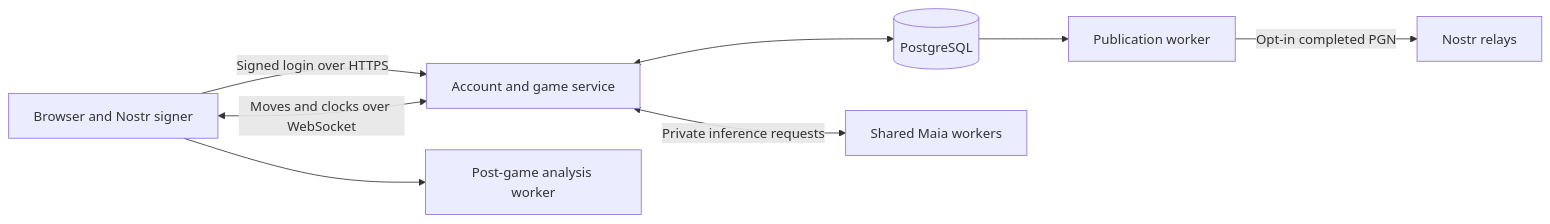
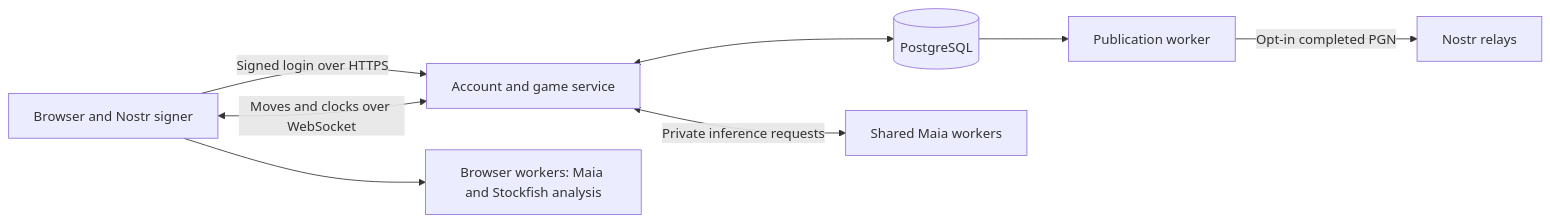
Before and after one commit to Dash1971/mute-chess: the first of 2 diagrams in README.md, drawn with Mermaid. The commit also changed other lines of this file, not shown here.

Commit message:
Plan noncommercial hosting and browser analysis with Maia and Stockfish

````diff
--- a/README.md
+++ b/README.md
@@ -112,10 +116,10 @@
 ```mermaid
 flowchart LR
     Browser[Browser and Nostr signer] -->|Signed login over HTTPS| App[Account and game service]
     Browser <-->|Moves and clocks over WebSocket| App
     App <--> DB[(PostgreSQL)]
     App <-->|Private inference requests| Maia[Shared Maia workers]
     DB --> Publisher[Publication worker]
     Publisher -->|Opt-in completed PGN| Relays[Nostr relays]
-    Browser --> Analysis[Post-game analysis worker]
+    Browser --> Analysis[Browser workers: Maia and Stockfish analysis]
 ```
````
